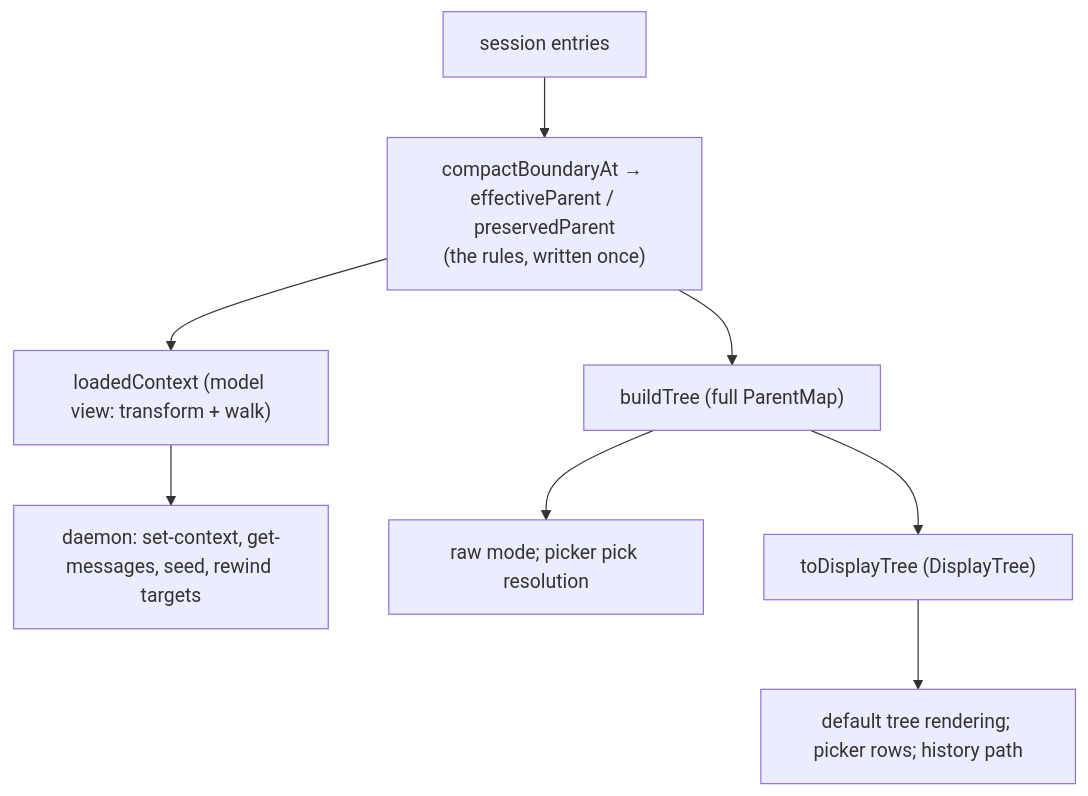
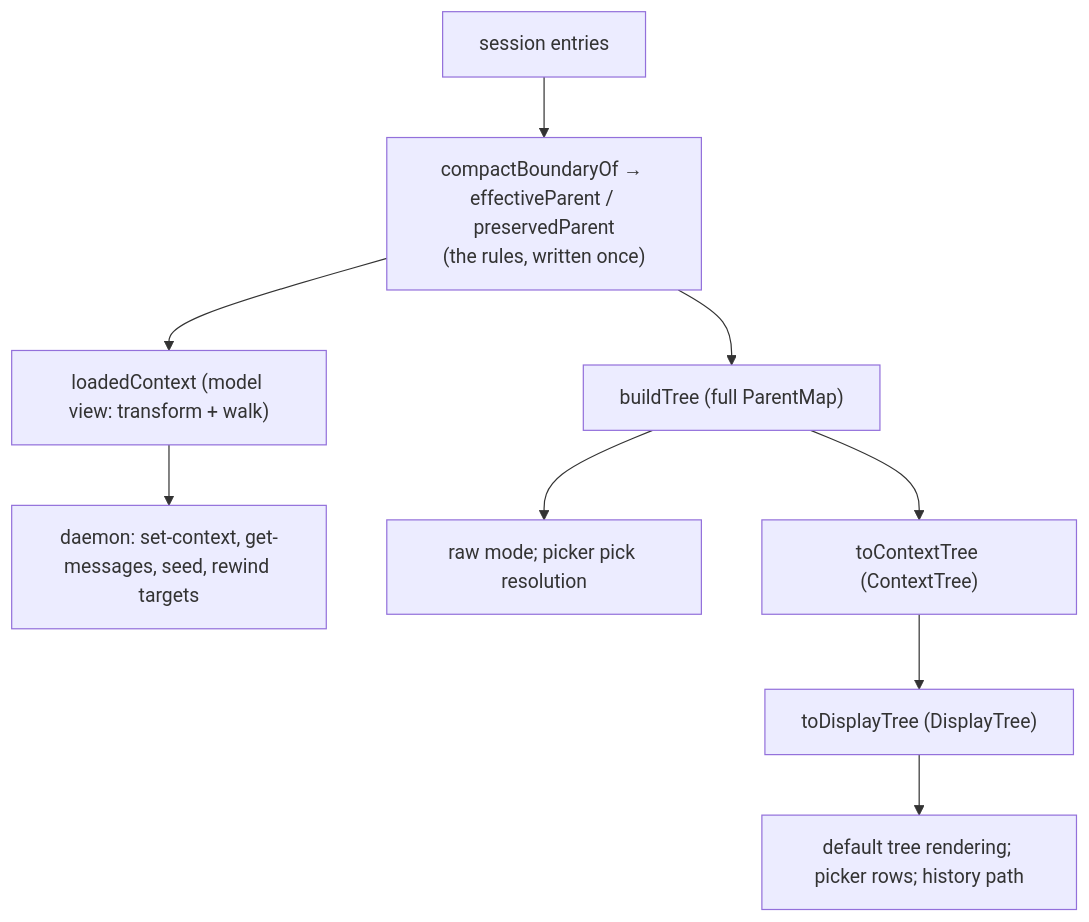
The diagram in docs/specs/session-tree.md (geraschenko/clauctl), drawn with Mermaid before and after one commit. The commit also changed other lines of this file and 25 other files, not shown here.

First line of the commit message:
Implement ContextTree. Derive display tree from it.

````diff
--- a/docs/specs/session-tree.md
+++ b/docs/specs/session-tree.md
@@ -490,16 +495,18 @@
 ```mermaid
 graph TD
   entries[session entries]
-  rules["compactBoundaryAt → effectiveParent / preservedParent<br>(the rules, written once)"]
+  rules["compactBoundaryOf → effectiveParent / preservedParent<br>(the rules, written once)"]
   loadedContext["loadedContext (model view: transform + walk)"]
   buildTree["buildTree (full ParentMap)"]
+  contextTree["toContextTree (ContextTree)"]
   displayTree["toDisplayTree (DisplayTree)"]
 
   entries --> rules
   rules --> loadedContext
   rules --> buildTree
   loadedContext --> daemon["daemon: set-context, get-messages, seed, rewind targets"]
   buildTree --> raw["raw mode; picker pick resolution"]
-  buildTree --> displayTree
+  buildTree --> contextTree
+  contextTree --> displayTree
   displayTree --> display["default tree rendering; picker rows; history path"]
 ```
````
